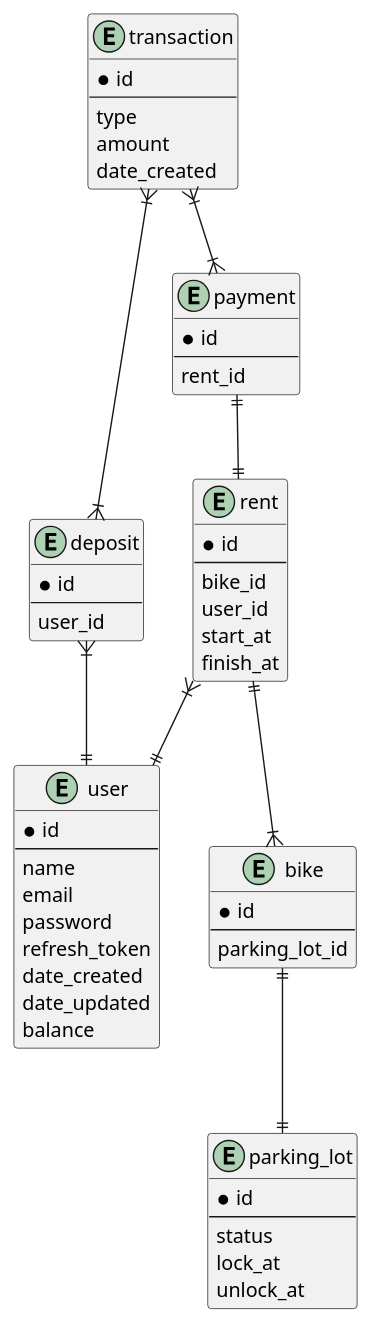
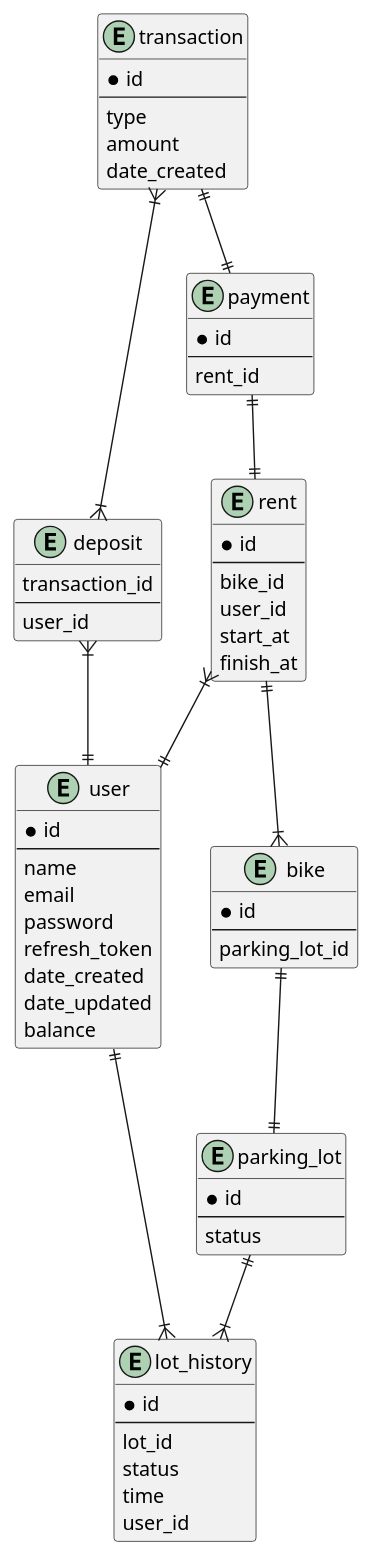
One commit to as-budi/bike-rent-backend changed the diagram in er.plantuml. Above: the diagram before and after it, drawn with PlantUML. The commit also changed 1 other file, not shown here.

```diff
--- a/er.plantuml
+++ b/er.plantuml
@@ -1,66 +1,75 @@
 @startuml er-diagram
 
 entity user {
     * id
     --
     name
     email
     password
     refresh_token
     date_created
     date_updated
     balance
 }
 
 entity bike {
     * id
     --
     parking_lot_id
 }
 
 entity rent {
     * id
     --
     bike_id
     user_id
     start_at
     finish_at
 }
 
 entity parking_lot {
     * id
     --
     status
-    lock_at
-    unlock_at
+}
+
+entity lot_history {
+     *id
+     --
+     lot_id
+     status
+     time
+     user_id
 }
 
 entity transaction {
     * id
     --
     type
     amount
     date_created
 }
 
 entity deposit {
-    * id
+    transaction_id
     --
     user_id
 }
 
 entity payment {
     * id
     --
     rent_id
 }
 
 bike ||--|| parking_lot
 transaction }|--|{ deposit
 deposit }|--|| user
-transaction }|--|{ payment
+transaction ||--|| payment
 rent }|--|| user
 payment ||--|| rent
 rent ||--|{ bike
+parking_lot ||--|{ lot_history
+user ||--|{ lot_history
 
 @enduml
```
